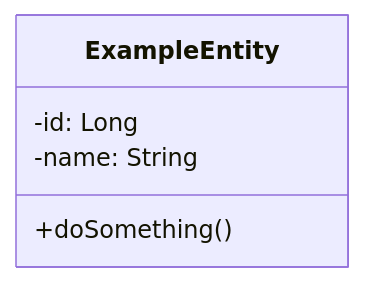
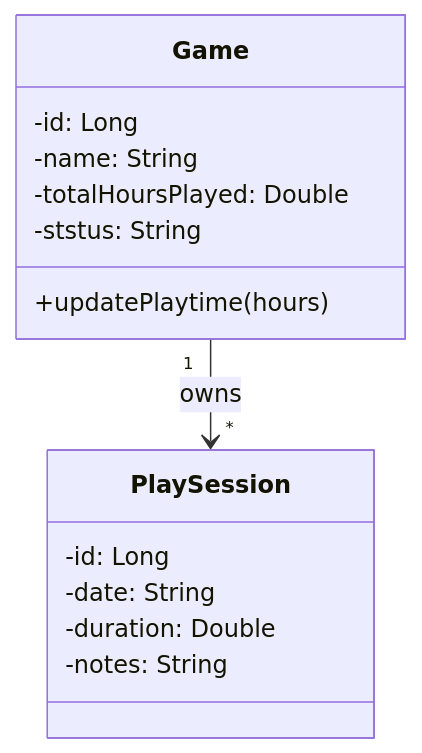
The third of 4 diagrams in README.md (DavLien/cen5064-project-liendo), drawn with Mermaid before and after one commit. The commit also changed other lines of this file, not shown here.

First line of the commit message:
L2 studio: C4 + class diagram

````diff
--- a/README.md
+++ b/README.md
@@ -58,9 +58,20 @@
 ```mermaid
 %% Class diagram: your 3–4 core domain classes.
 classDiagram
-    class ExampleEntity {
+    class Game {
         -id: Long
         -name: String
-        +doSomething()
+        -totalHoursPlayed: Double
+        -ststus: String
+        +updatePlaytime(hours)
     }
+
+    class PlaySession {
+        -id: Long
+        -date: String
+        -duration: Double
+        -notes: String
+    }
+
+    Game "1" --> "*" PlaySession : owns
 ```
````
